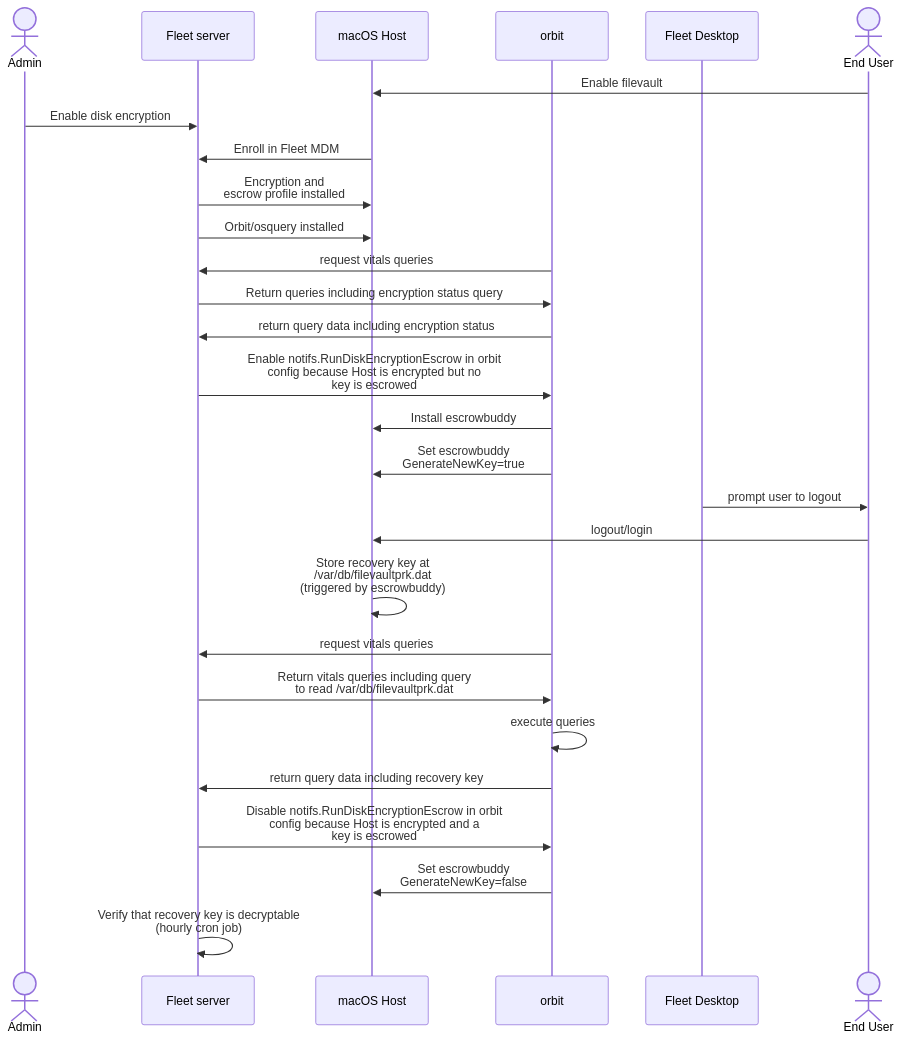
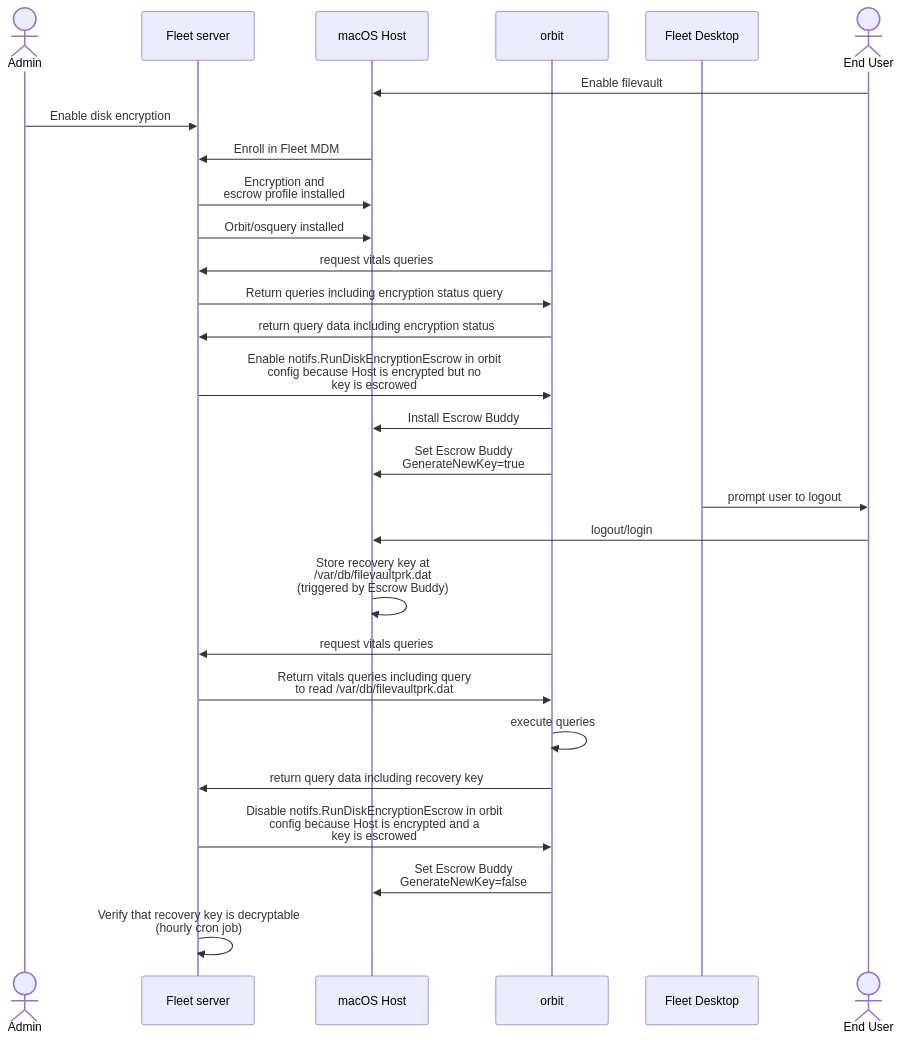
One commit to fleetdm/fleet changed the second of 4 diagrams in docs/Contributing/architecture/mdm/disk-encryption.md. Above: the diagram before and after it, drawn with Mermaid. The commit also changed other lines of this file, not shown here.

Commit message:
Fix format issue

````diff
--- a/docs/Contributing/architecture/mdm/disk-encryption.md
+++ b/docs/Contributing/architecture/mdm/disk-encryption.md
@@ -71,30 +69,30 @@
 ```mermaid
 sequenceDiagram
         actor Admin
         participant fleet as Fleet server
         participant host as macOS Host
         participant fleetd as orbit
         participant desktop as Fleet Desktop
         actor user as End User
         user->>host: Enable filevault
         Admin->>fleet: Enable disk encryption
         host->>fleet: Enroll in Fleet MDM
         fleet->>host: Encryption and<br>escrow profile installed
         fleet->>host: Orbit/osquery installed
         fleetd->>fleet: request vitals queries
         fleet->>fleetd: Return queries including encryption status query
         fleetd->>fleet: return query data including encryption status
         fleet->>fleetd: Enable notifs.RunDiskEncryptionEscrow in orbit<br>config because Host is encrypted but no<br>key is escrowed
-        fleetd->>host: Install escrowbuddy
-        fleetd->>host: Set escrowbuddy<br>GenerateNewKey=true
+        fleetd->>host: Install Escrow Buddy
+        fleetd->>host: Set Escrow Buddy<br>GenerateNewKey=true
         desktop->>user: prompt user to logout
         user->>host: logout/login
-        host->>host: Store recovery key at <br>/var/db/filevaultprk.dat<br>(triggered by escrowbuddy)
+        host->>host: Store recovery key at <br>/var/db/filevaultprk.dat<br>(triggered by Escrow Buddy)
         fleetd->>fleet: request vitals queries
         fleet->>fleetd: Return vitals queries including query<br>to read /var/db/filevaultprk.dat
         fleetd->>fleetd: execute queries
         fleetd->>fleet: return query data including recovery key
         fleet->>fleetd: Disable notifs.RunDiskEncryptionEscrow in orbit<br>config because Host is encrypted and a<br>key is escrowed
-        fleetd->>host: Set escrowbuddy<br>GenerateNewKey=false
+        fleetd->>host: Set Escrow Buddy<br>GenerateNewKey=false
         fleet->>fleet: Verify that recovery key is decryptable<br>(hourly cron job)
 ```
````
